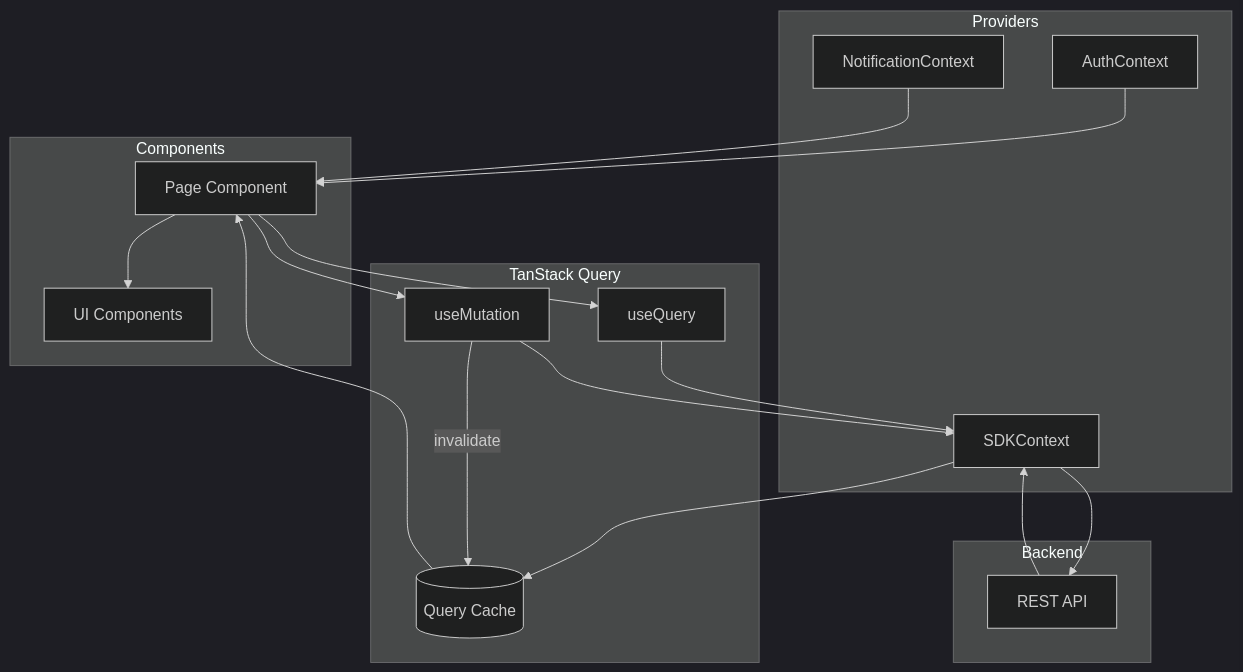
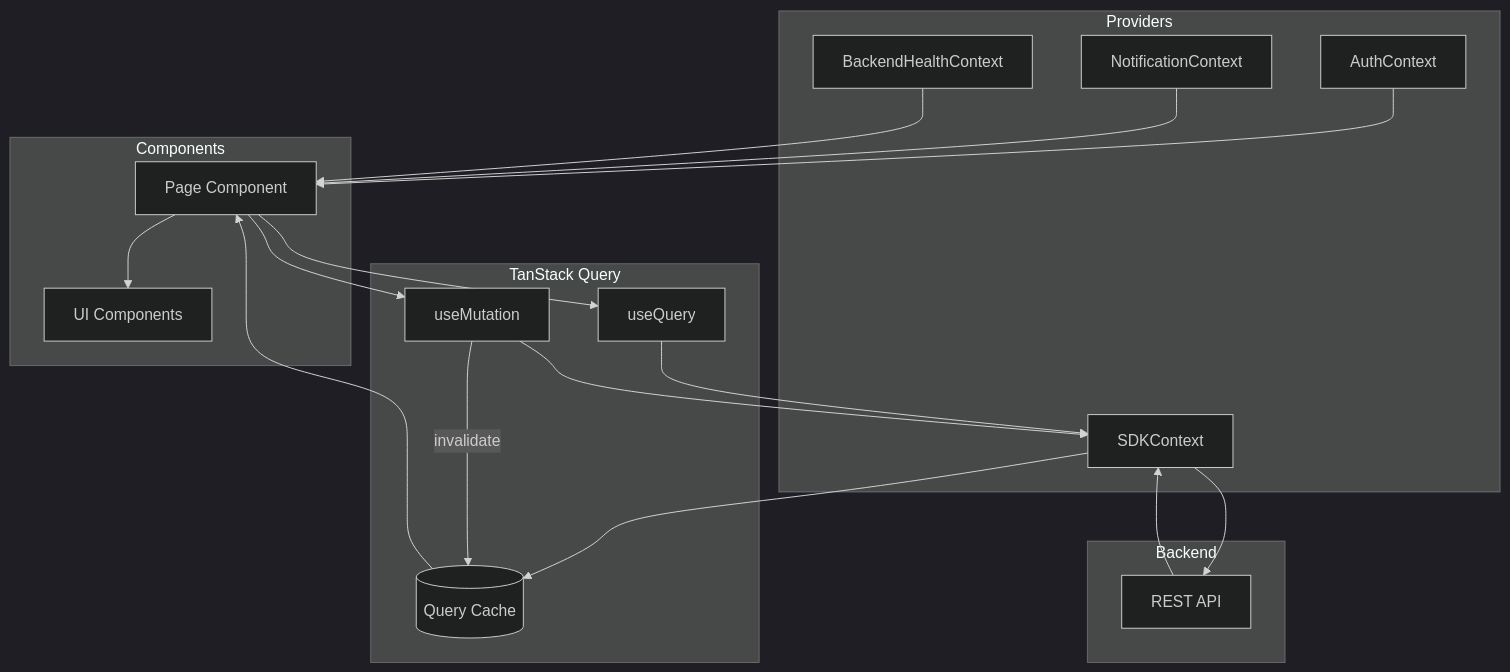
Before and after one commit to namanag97/process-miner: the diagram in frontend-new/docs/STATE_ARCHITECTURE.md, drawn with Mermaid (dark theme). The commit also changed other lines of this file and 39 other files, not shown here.

````diff
--- a/frontend-new/docs/STATE_ARCHITECTURE.md
+++ b/frontend-new/docs/STATE_ARCHITECTURE.md
@@ -57,38 +61,40 @@
 ```mermaid
 graph TD
     subgraph Providers
         Auth[AuthContext]
         Notif[NotificationContext]
         SDK[SDKContext]
+        Health[BackendHealthContext]
     end
 
     subgraph Components
         Page[Page Component]
         UI[UI Components]
     end
 
     subgraph TanStack Query
         Query[useQuery]
         Mutation[useMutation]
         Cache[(Query Cache)]
     end
 
     subgraph Backend
         API[REST API]
     end
 
     Page --> Query
     Query --> SDK
     SDK --> API
     API --> SDK
     SDK --> Cache
     Cache --> Page
 
     Page --> Mutation
     Mutation --> SDK
     Mutation -->|invalidate| Cache
 
     Page --> UI
     Auth --> Page
     Notif --> Page
+    Health --> Page
 ```
````
